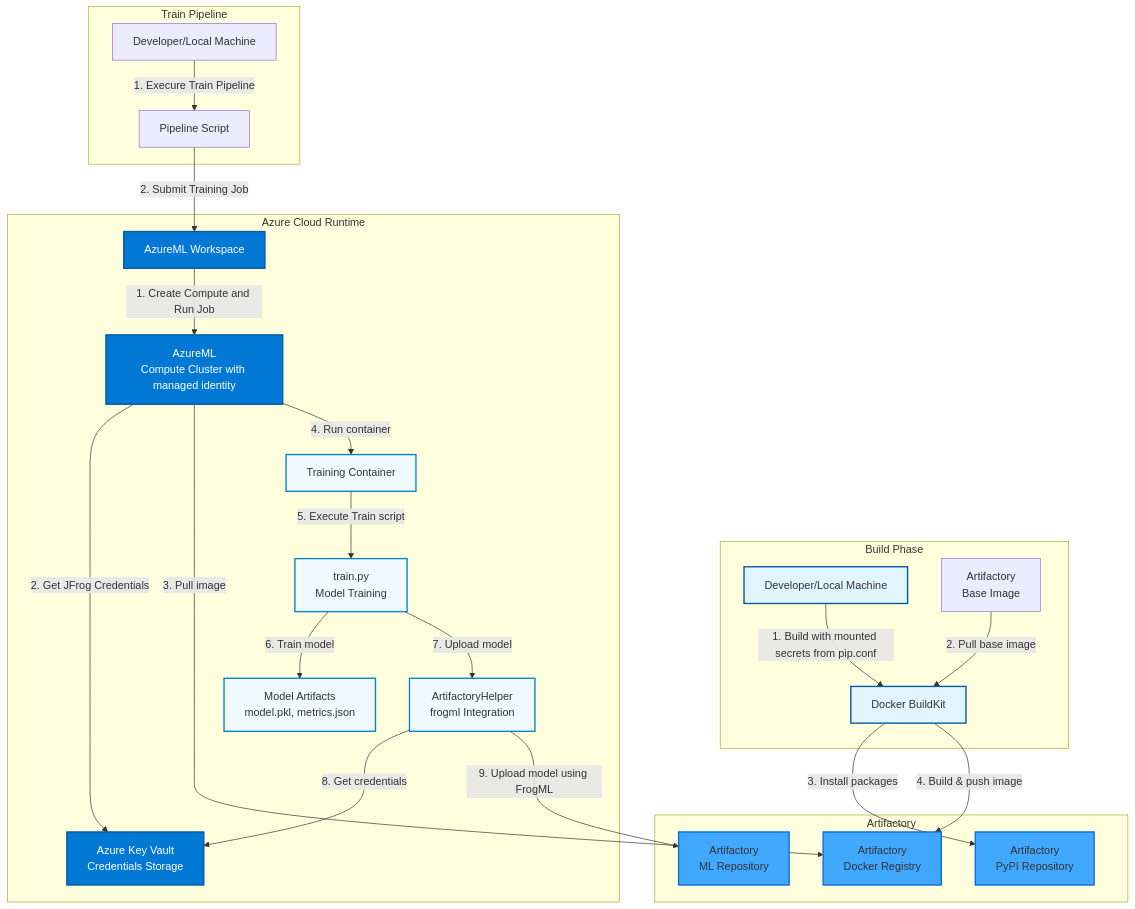
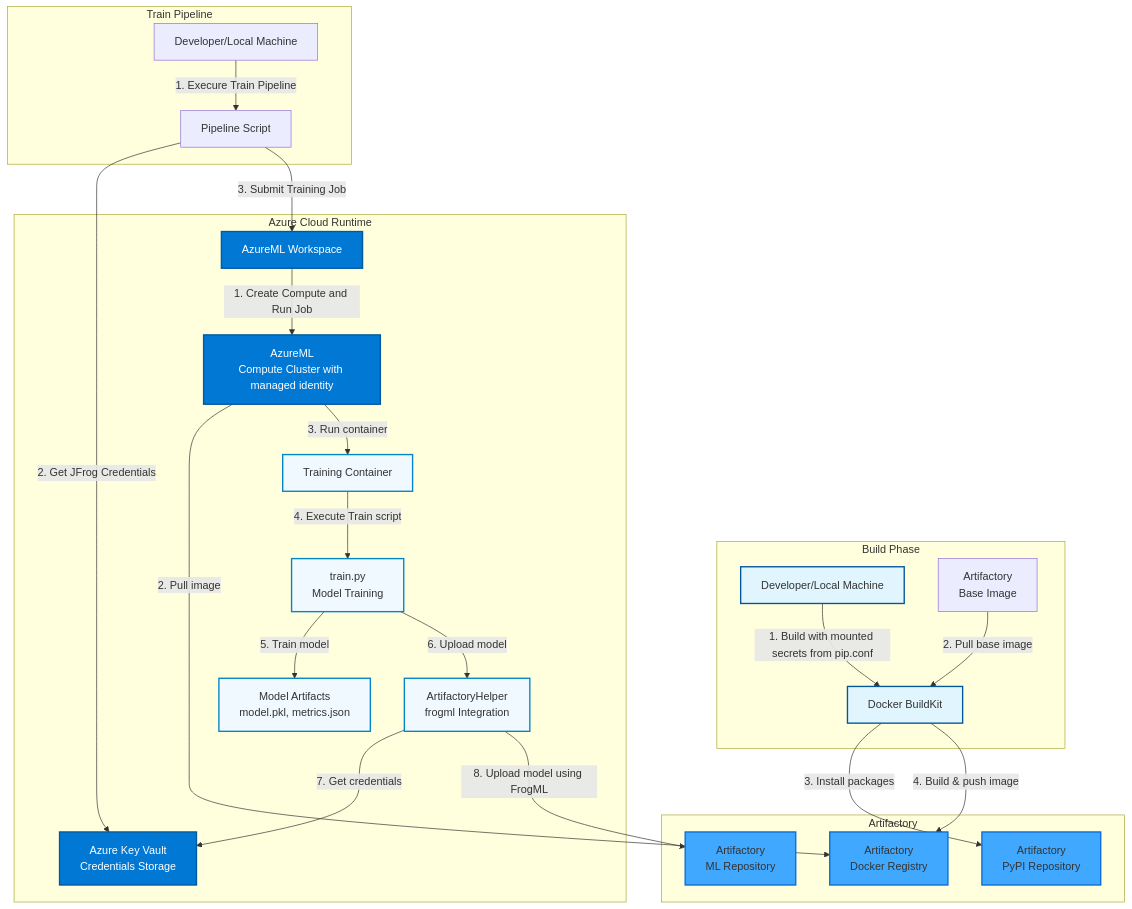
One commit to jfrog/JFrog-AzureML-integration changed the first of 4 diagrams in README.md. Above: the diagram before and after it, drawn with Mermaid. The commit also changed other lines of this file, not shown here.

Commit message:
README: fix diagrams

````diff
--- a/README.md
+++ b/README.md
@@ -15,64 +15,62 @@
 ```mermaid
 graph TB
     subgraph "Build Phase"
         Dev[Developer/Local Machine]
         Docker[Docker BuildKit]
         BaseImage[Artifactory<br/>Base Image]
     end
 
     subgraph "Train Pipeline"
         TrainDev[Developer/Local Machine]
         PipelineScript[Pipeline Script]        
     end
 
     subgraph "Azure Cloud Runtime"
         KV[Azure Key Vault<br/>Credentials Storage]
         AML[AzureML Workspace]
         Compute[AzureML<br/>Compute Cluster with managed identity]
         Container[Training Container]
         TrainScript[train.py<br/>Model Training]
         ArtifactoryHelper[ArtifactoryHelper<br/>frogml Integration]
         Model[Model Artifacts<br/>model.pkl, metrics.json]
     end
 
     subgraph "Artifactory"
         ArtifactoryPyPI2[Artifactory<br/>PyPI Repository]
         ArtifactoryDocker2[Artifactory<br/>Docker Registry]
         ArtifactoryML[Artifactory<br/>ML Repository]
     end
 
     %% Build Phase Flow
     Dev -->|1. Build with mounted secrets from pip.conf| Docker
     BaseImage -->|2. Pull base image| Docker
     Docker -->|3. Install packages| ArtifactoryPyPI2
     Docker -->|4. Build & push image| ArtifactoryDocker2
 
     %% Train Phase Flow
     TrainDev -->|1. Execure Train Pipeline| PipelineScript
-    PipelineScript -->|2. Submit Training Job| AML
-
-
+    PipelineScript -->|2. Get JFrog Credentials| KV
+    PipelineScript -->|3. Submit Training Job| AML
 
     %% Runtime Phase Flow
-    AML -->|1. Create Compute and Run Job| Compute
-    Compute -->|2. Get JFrog Credentials| KV
-    Compute -->|3. Pull image| ArtifactoryDocker2
-    Compute -->|4. Run container| Container
-    Container -->|5. Execute Train script| TrainScript
-    TrainScript -->|6. Train model| Model
-    TrainScript -->|7. Upload model| ArtifactoryHelper
-    ArtifactoryHelper -->|8. Get credentials| KV
-    ArtifactoryHelper -->|9. Upload model using FrogML| ArtifactoryML    
+    AML -->|1. Create Compute and Run Job| Compute    
+    Compute -->|2. Pull image| ArtifactoryDocker2
+    Compute -->|3. Run container| Container
+    Container -->|4. Execute Train script| TrainScript
+    TrainScript -->|5. Train model| Model
+    TrainScript -->|6. Upload model| ArtifactoryHelper
+    ArtifactoryHelper -->|7. Get credentials| KV
+    ArtifactoryHelper -->|8. Upload model using FrogML| ArtifactoryML    
     
 
     %% Styling
     classDef buildPhase fill:#e1f5ff,stroke:#01579b,stroke-width:2px
     classDef azure fill:#0078d4,stroke:#005a9e,stroke-width:2px,color:#fff
     classDef artifactory fill:#40a9ff,stroke:#096dd9,stroke-width:2px
     classDef runtime fill:#f0f9ff,stroke:#0284c7,stroke-width:2px
 
     class Dev,Docker,PipConf buildPhase
     class KV,AML,Compute,MI azure
     class ArtifactoryPyPI,ArtifactoryDocker,ArtifactoryPyPI2,ArtifactoryDocker2,ArtifactoryML artifactory
     class Container,TrainScript,ArtifactoryHelper,Model runtime
 ```
````
